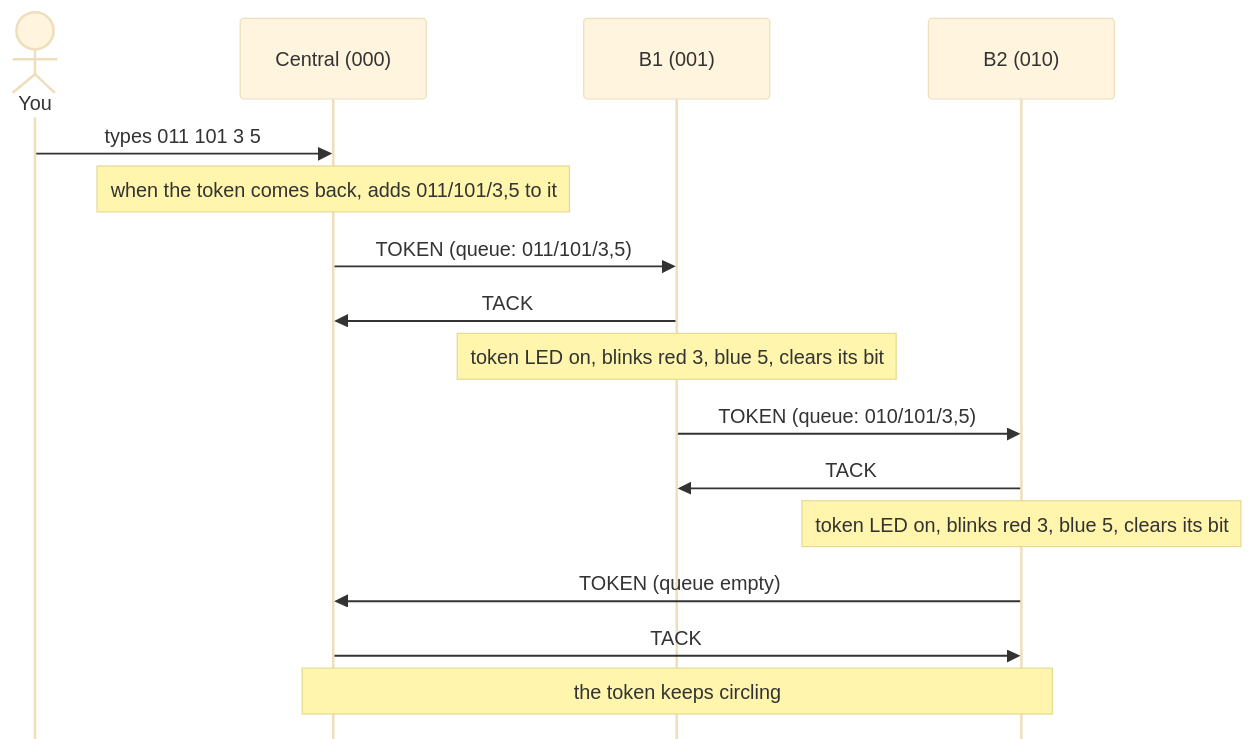
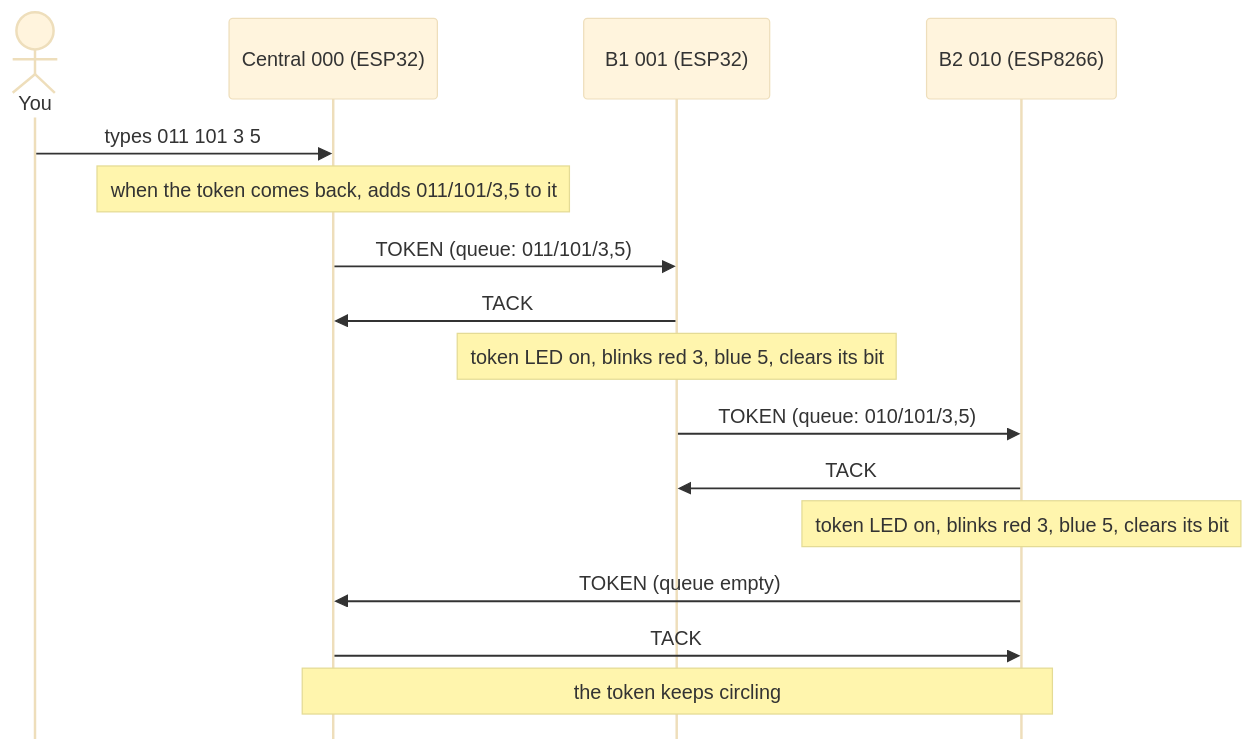
One commit to mike-segfault/low-cost-distributed-sync changed the second of 2 diagrams in src/communication/07-token-ring/DIAGRAM.md. Above: the diagram before and after it, drawn with Mermaid (base theme).

Commit message:
Clarify token ring node labels

````diff
--- a/src/communication/07-token-ring/DIAGRAM.md
+++ b/src/communication/07-token-ring/DIAGRAM.md
@@ -11,19 +11,19 @@
 ```mermaid
 %%{init: {"sequence": {"mirrorActors": false}}}%%
 sequenceDiagram
     actor U as You
-    participant C as Central (000)
-    participant B1 as B1 (001)
-    participant B2 as B2 (010)
+    participant C as Central 000 (ESP32)
+    participant B1 as B1 001 (ESP32)
+    participant B2 as B2 010 (ESP8266)
     U->>C: types 011 101 3 5
     Note over C: when the token comes back, adds 011/101/3,5 to it
     C->>B1: TOKEN (queue: 011/101/3,5)
     B1->>C: TACK
     Note over B1: token LED on, blinks red 3, blue 5, clears its bit
     B1->>B2: TOKEN (queue: 010/101/3,5)
     B2->>B1: TACK
     Note over B2: token LED on, blinks red 3, blue 5, clears its bit
     B2->>C: TOKEN (queue empty)
     C->>B2: TACK
     Note over C,B2: the token keeps circling
 ```
````
